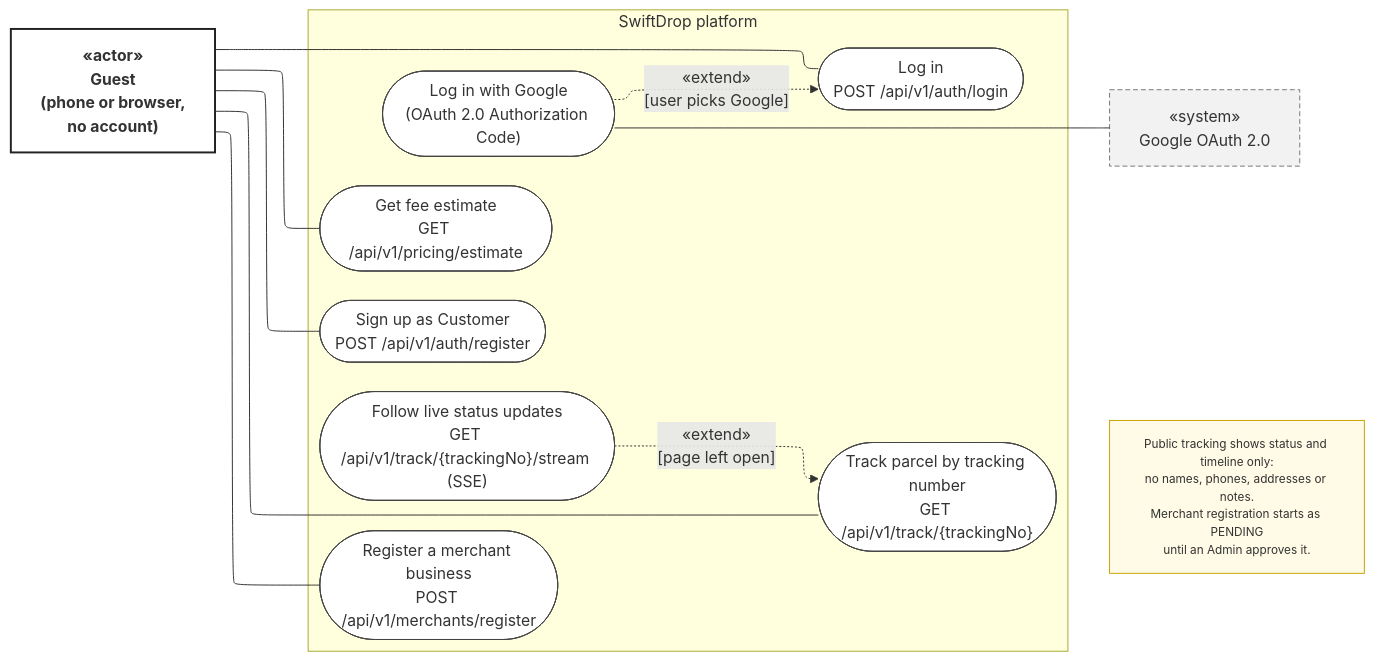
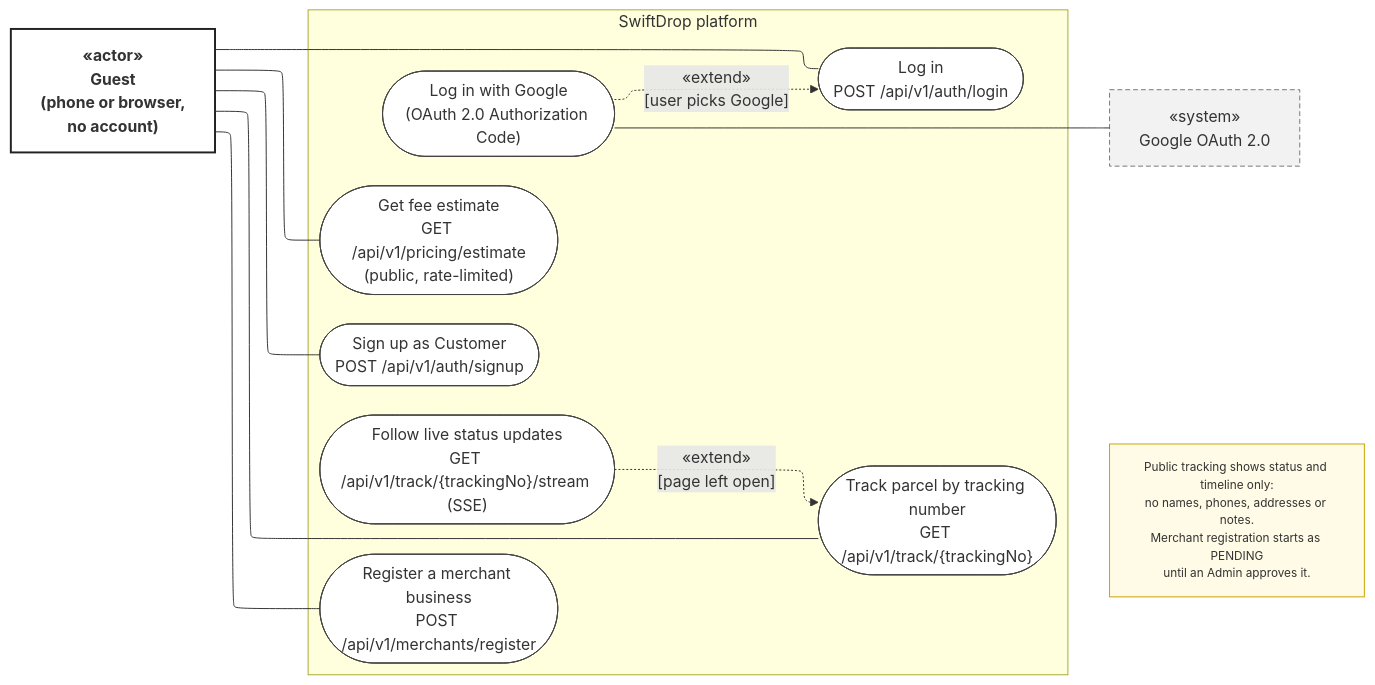
Before and after one commit to Sachintha-dilshan49/SwiftDrop: the diagram in docs/diagrams/usecase/uc-guest.mmd, drawn with Mermaid. The commit also changed 15 other files, not shown here.

First line of the commit message:
docs(diagrams): apply team decisions to login, er and guest diagrams

```diff
--- a/docs/diagrams/usecase/uc-guest.mmd
+++ b/docs/diagrams/usecase/uc-guest.mmd
@@ -1,34 +1,34 @@
 ---
 config:
   layout: elk
 ---
 %% Use case — Guest (public, not logged in)
 %% Source: docs/architecture.md v1.1 §6.1 public routes, §6.3 real-time tracking, §8 · Role 1
 flowchart LR
   classDef actor fill:#ffffff,stroke:#222,stroke-width:2px,font-weight:bold
   classDef ext fill:#f2f2f2,stroke:#777,stroke-dasharray:5 3
   classDef uc fill:#ffffff,stroke:#444
   classDef note fill:#fffbe6,stroke:#c9a400,font-size:12px
 
   Guest["«actor»<br/>Guest<br/>(phone or browser,<br/>no account)"]:::actor
 
   subgraph SD["SwiftDrop platform"]
     direction TB
     T1(["Track parcel by tracking number<br/>GET /api/v1/track/{trackingNo}"]):::uc
     T2(["Follow live status updates<br/>GET /api/v1/track/{trackingNo}/stream (SSE)"]):::uc
-    E1(["Get fee estimate<br/>GET /api/v1/pricing/estimate"]):::uc
-    A1(["Sign up as Customer<br/>POST /api/v1/auth/register"]):::uc
+    E1(["Get fee estimate<br/>GET /api/v1/pricing/estimate<br/>(public, rate-limited)"]):::uc
+    A1(["Sign up as Customer<br/>POST /api/v1/auth/signup"]):::uc
     A2(["Log in<br/>POST /api/v1/auth/login"]):::uc
     A3(["Log in with Google<br/>(OAuth 2.0 Authorization Code)"]):::uc
     M1(["Register a merchant business<br/>POST /api/v1/merchants/register"]):::uc
   end
 
   Google["«system»<br/>Google OAuth 2.0"]:::ext
 
   Guest --- T1 & E1 & A1 & A2 & M1
   T2 -. "«extend»<br/>[page left open]" .-> T1
   A3 -. "«extend»<br/>[user picks Google]" .-> A2
   A3 --- Google
 
   N1["Public tracking shows status and timeline only:<br/>no names, phones, addresses or notes.<br/>Merchant registration starts as PENDING<br/>until an Admin approves it."]:::note
   T1 ~~~ N1
```
